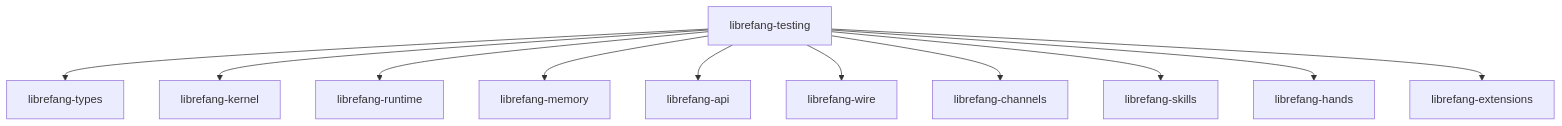
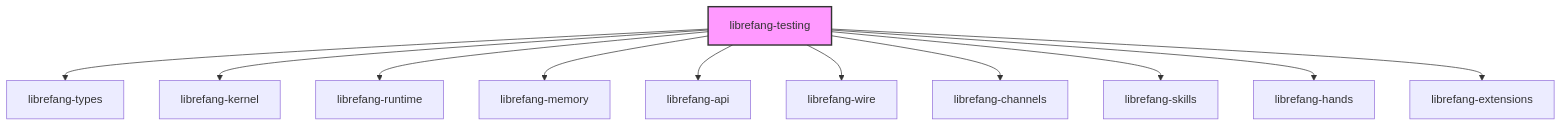
One commit to leszek3737/librefang-WIki changed the diagram in other-librefang-testing.md. Above: the diagram before and after it, drawn with Mermaid. The commit also changed other lines of this file and 118 other files, not shown here.

````diff
--- a/other-librefang-testing.md
+++ b/other-librefang-testing.md
@@ -23,13 +17,15 @@
 ```mermaid
 graph TD
-    T[librefang-testing] --> types[librefang-types]
-    T --> kernel[librefang-kernel]
-    T --> runtime[librefang-runtime]
-    T --> memory[librefang-memory]
-    T --> api[librefang-api]
-    T --> wire[librefang-wire]
-    T --> channels[librefang-channels]
-    T --> skills[librefang-skills]
-    T --> hands[librefang-hands]
-    T --> extensions[librefang-extensions]
+    TT[librefang-testing]
+    TT --> LT[librefang-types]
+    TT --> LK[librefang-kernel]
+    TT --> LR[librefang-runtime]
+    TT --> LM[librefang-memory]
+    TT --> LA[librefang-api]
+    TT --> LW[librefang-wire]
+    TT --> LC[librefang-channels]
+    TT --> LS[librefang-skills]
+    TT --> LH[librefang-hands]
+    TT --> LE[librefang-extensions]
+    style TT fill:#f9f,stroke:#333,stroke-width:2px
 ```
````
